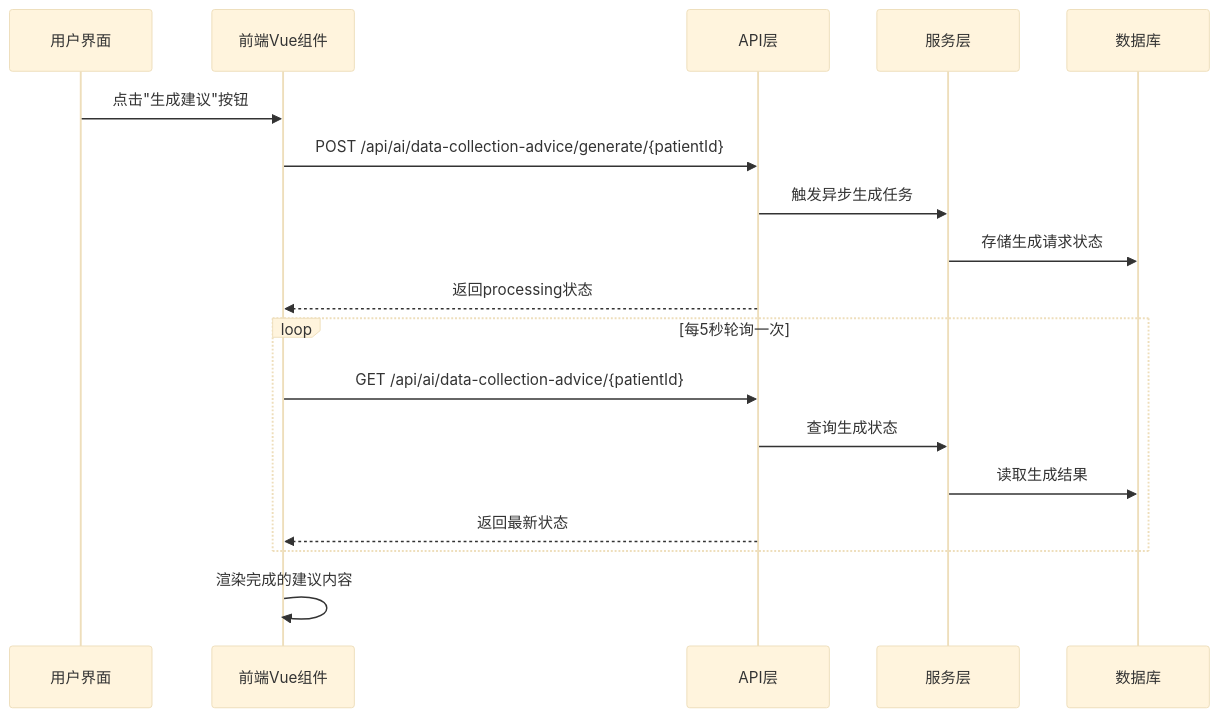
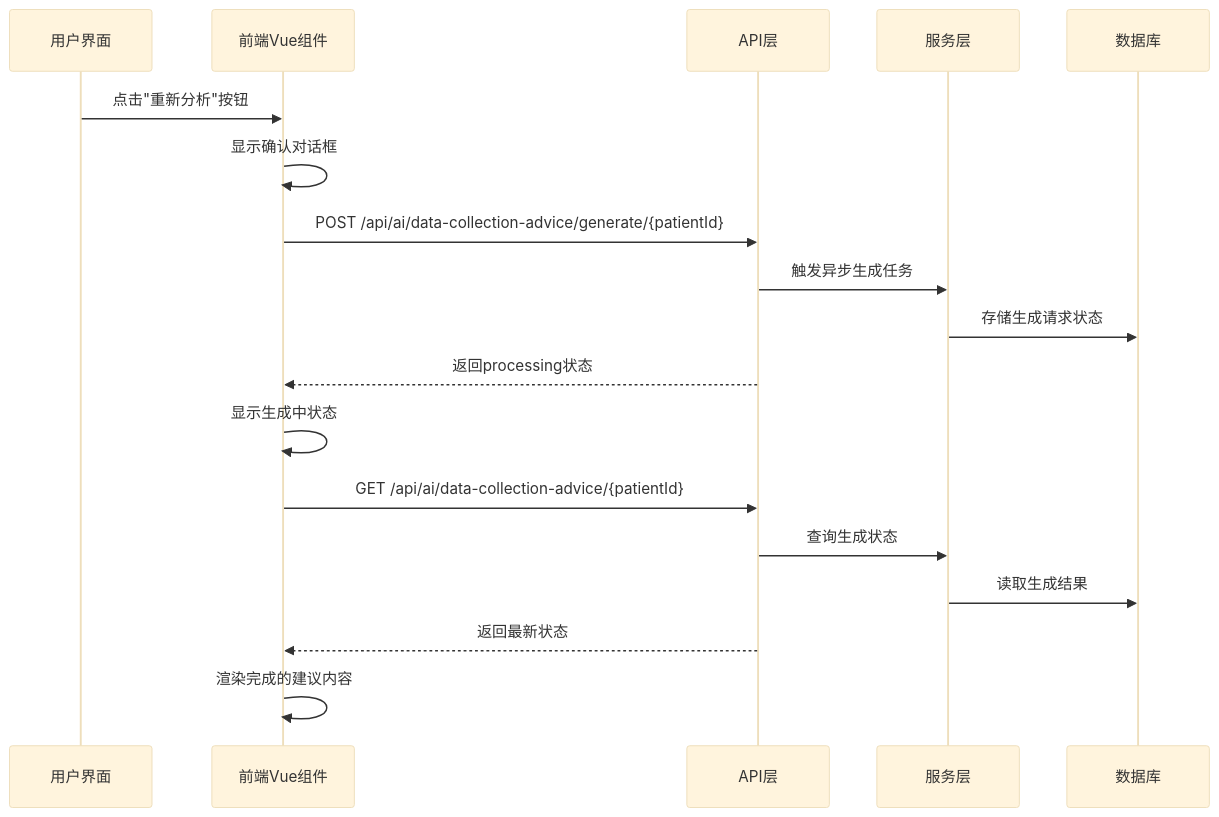
One commit to liuzh2008/med_ai_assistant_workspace changed the second of 7 diagrams in .qoder/repowiki/zh/content/核心功能模块/数据收集建议界面增强.md. Above: the diagram before and after it, drawn with Mermaid (base theme). The commit also changed other lines of this file and 5 other files, not shown here.

````diff
--- a/.qoder/repowiki/zh/content/核心功能模块/数据收集建议界面增强.md
+++ b/.qoder/repowiki/zh/content/核心功能模块/数据收集建议界面增强.md
@@ -103,20 +117,20 @@
 ```mermaid
 sequenceDiagram
 participant U as 用户界面
 participant F as 前端Vue组件
 participant A as API层
 participant S as 服务层
 participant DB as 数据库
-U->>F : 点击"生成建议"按钮
+U->>F : 点击"重新分析"按钮
+F->>F : 显示确认对话框
 F->>A : POST /api/ai/data-collection-advice/generate/{patientId}
 A->>S : 触发异步生成任务
 S->>DB : 存储生成请求状态
 A-->>F : 返回processing状态
-loop 每5秒轮询一次
+F->>F : 显示生成中状态
 F->>A : GET /api/ai/data-collection-advice/{patientId}
 A->>S : 查询生成状态
 S->>DB : 读取生成结果
 A-->>F : 返回最新状态
-end
 F->>F : 渲染完成的建议内容
 ```
````
